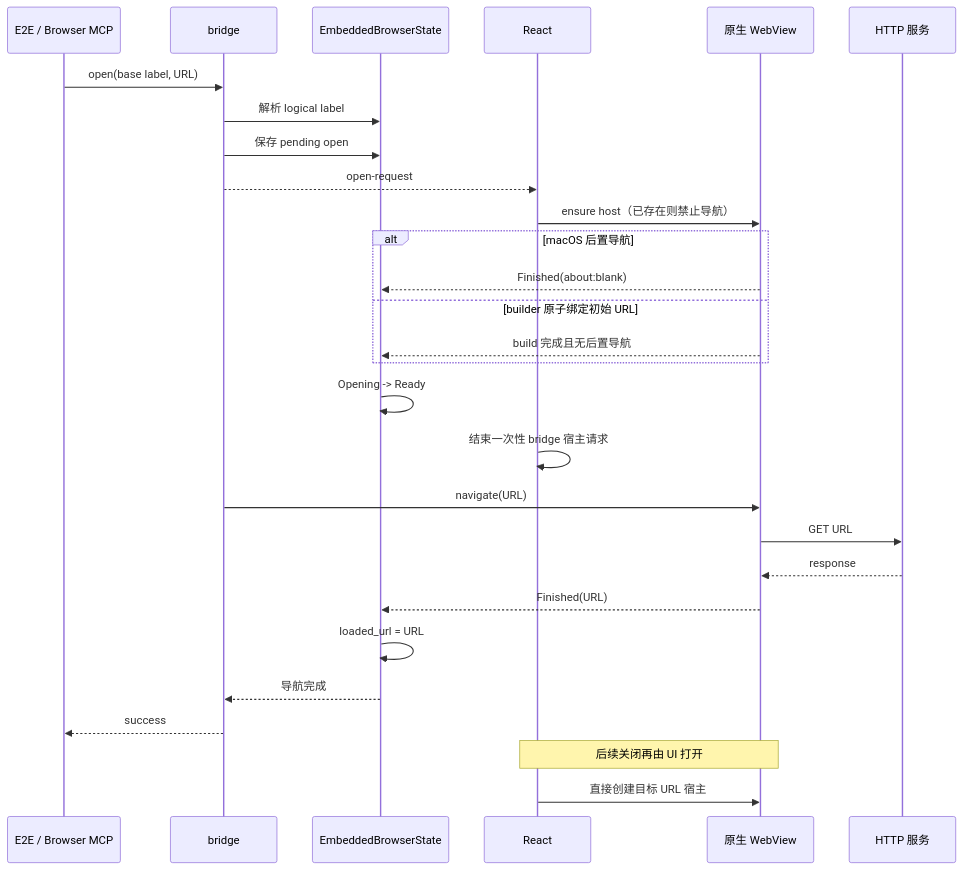
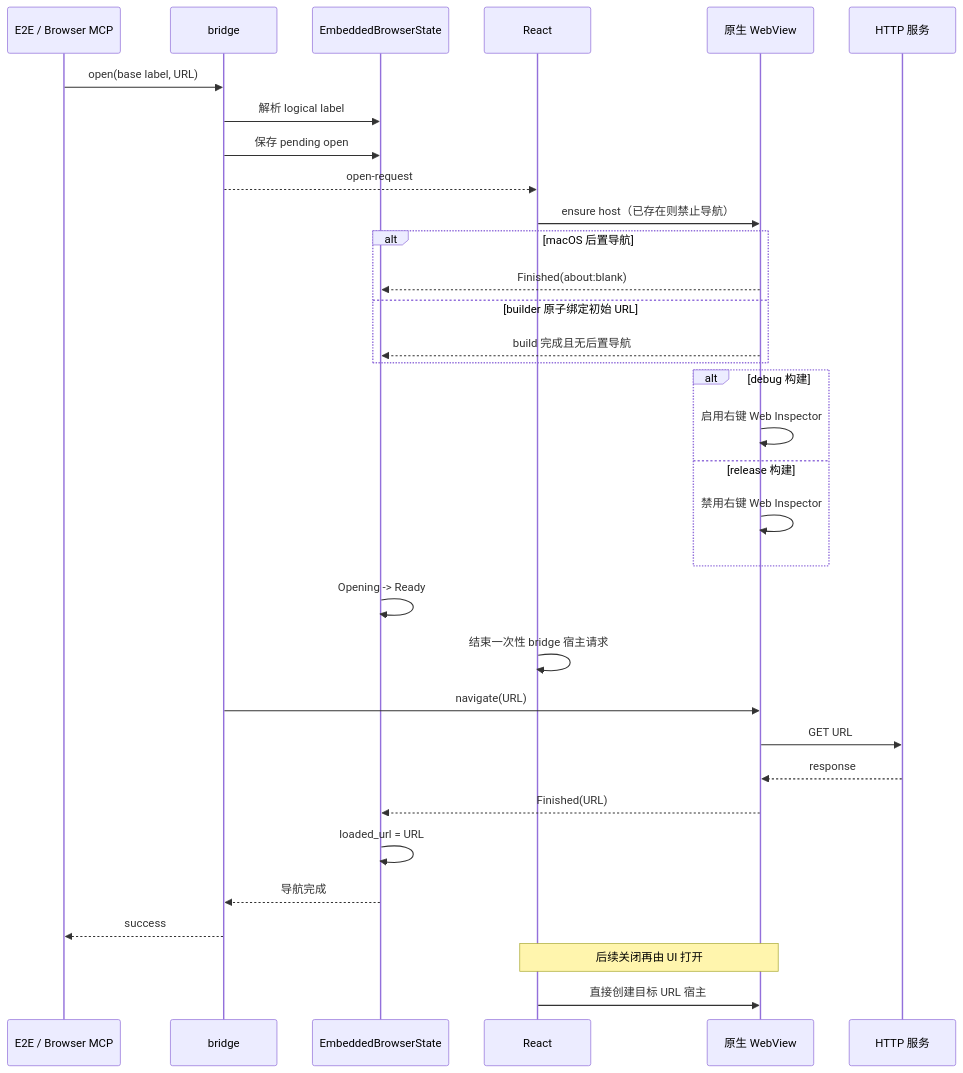
The second of 2 diagrams in docs/zh/architecture/embedded-browser.md (wecode-ai/Wegent), drawn with Mermaid before and after one commit. The commit also changed other lines of this file and 6 other files, not shown here.

````diff
--- a/docs/zh/architecture/embedded-browser.md
+++ b/docs/zh/architecture/embedded-browser.md
@@ -31,32 +33,37 @@
 ```mermaid
 sequenceDiagram
     participant C as E2E / Browser MCP
     participant B as bridge
     participant S as EmbeddedBrowserState
     participant R as React
     participant W as 原生 WebView
     participant H as HTTP 服务
 
     C->>B: open(base label, URL)
     B->>S: 解析 logical label
     B->>S: 保存 pending open
     B-->>R: open-request
     R->>W: ensure host（已存在则禁止导航）
     alt macOS 后置导航
         W-->>S: Finished(about:blank)
     else builder 原子绑定初始 URL
         W-->>S: build 完成且无后置导航
     end
+    alt debug 构建
+        W->>W: 启用右键 Web Inspector
+    else release 构建
+        W->>W: 禁用右键 Web Inspector
+    end
     S->>S: Opening -> Ready
     R->>R: 结束一次性 bridge 宿主请求
     B->>W: navigate(URL)
     W->>H: GET URL
     H-->>W: response
     W-->>S: Finished(URL)
     S->>S: loaded_url = URL
     S-->>B: 导航完成
     B-->>C: success
 
     Note over R,W: 后续关闭再由 UI 打开
     R->>W: 直接创建目标 URL 宿主
 ```
````
